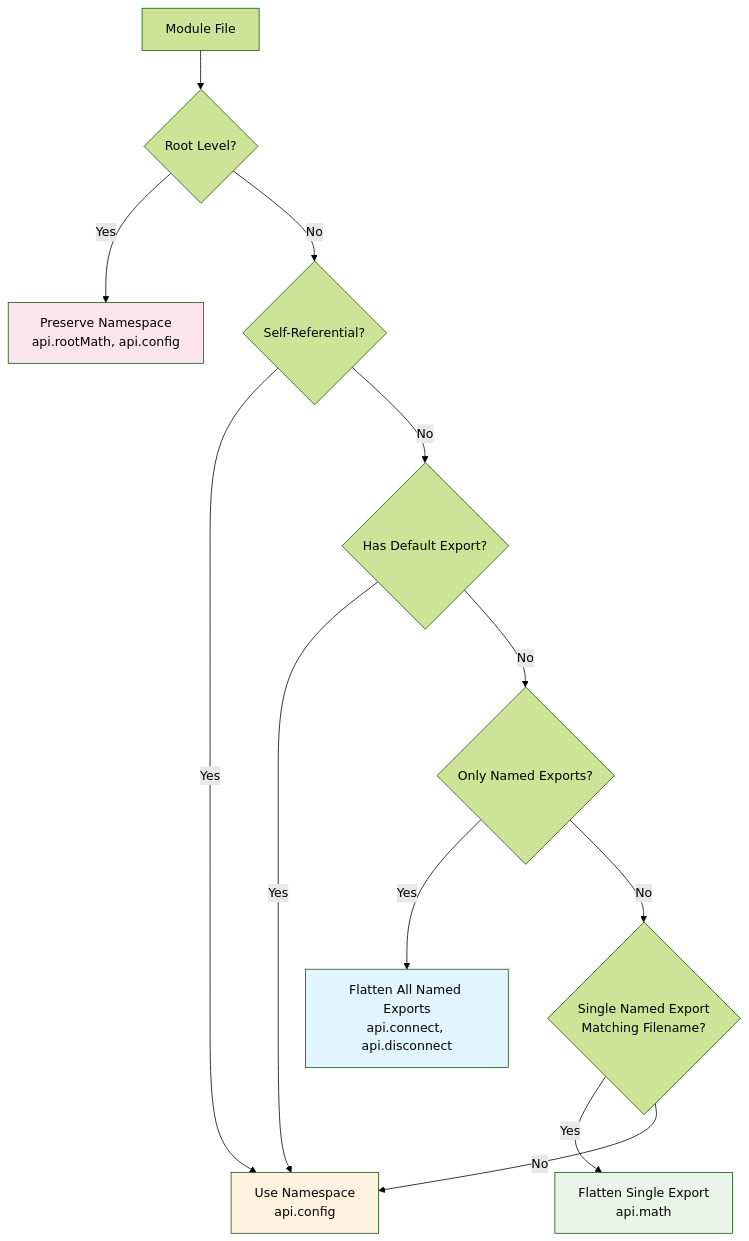
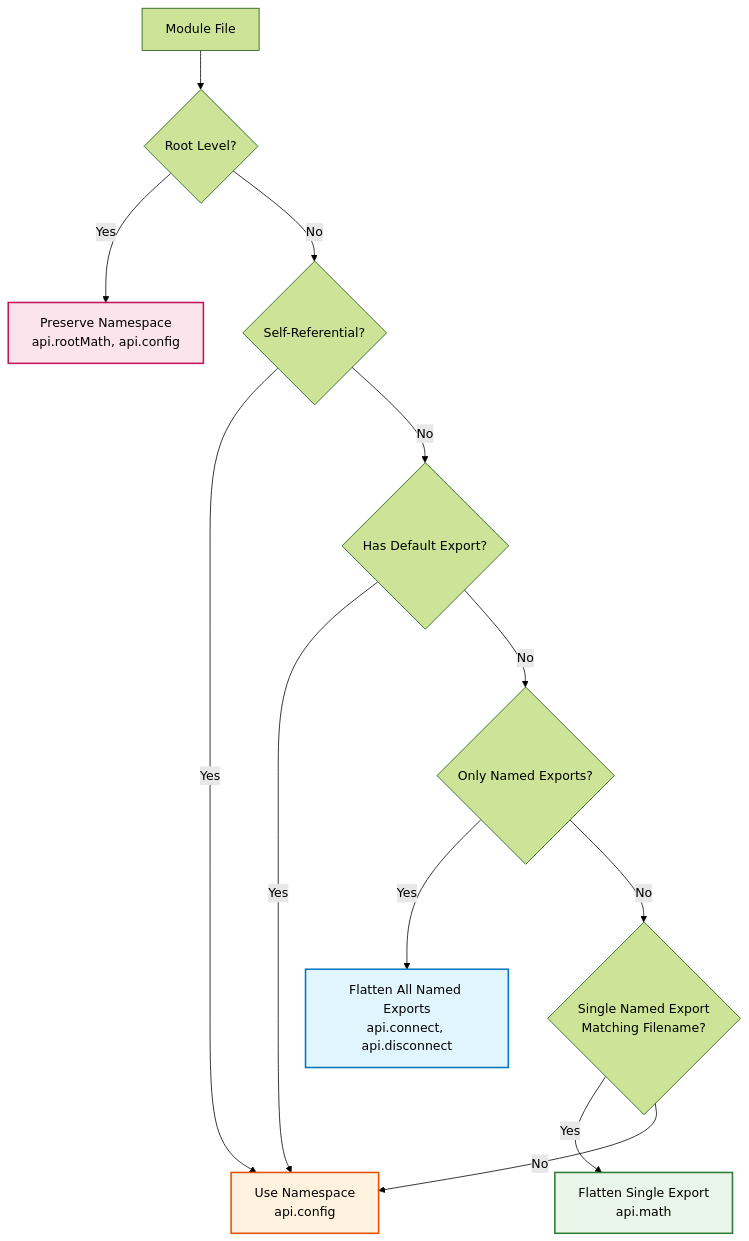
Before and after one commit to CLDMV/slothlet: the first of 2 diagrams in README.md, drawn with Mermaid (forest theme). The commit also changed other lines of this file and 20 other files, not shown here.

First line of the commit message:
fix: CI test failures and Mermaid chart rendering

````diff
--- a/README.md
+++ b/README.md
@@ -929,24 +930,24 @@
 ```mermaid
 flowchart TD
     FILE[Module File] --> ROOT{Root Level?}
 
     ROOT -->|Yes| PRESERVE[Preserve Namespace<br/>api.rootMath, api.config]
 
     ROOT -->|No| SELFREFER{Self-Referential?}
     SELFREFER -->|Yes| NAMESPACE[Use Namespace<br/>api.config]
 
     SELFREFER -->|No| HASDEFAULT{Has Default Export?}
     HASDEFAULT -->|Yes| NAMESPACE
 
     HASDEFAULT -->|No| NAMEDONLY{Only Named Exports?}
     NAMEDONLY -->|Yes| FLATTEN["Flatten All Named Exports<br/>api.connect, api.disconnect"]
 
     NAMEDONLY -->|No| SINGLENAMED{Single Named Export<br/>Matching Filename?}
     SINGLENAMED -->|Yes| FLATTENSINGLE[Flatten Single Export<br/>api.math]
     SINGLENAMED -->|No| NAMESPACE
 
-    style FLATTEN fill:#e1f5fe
-    style FLATTENSINGLE fill:#e8f5e8
-    style NAMESPACE fill:#fff3e0
-    style PRESERVE fill:#fce4ec
+    style FLATTEN fill:#e1f5fe,stroke:#0277bd,stroke-width:2px,color:#000
+    style FLATTENSINGLE fill:#e8f5e8,stroke:#2e7d32,stroke-width:2px,color:#000
+    style NAMESPACE fill:#fff3e0,stroke:#e65100,stroke-width:2px,color:#000
+    style PRESERVE fill:#fce4ec,stroke:#c2185b,stroke-width:2px,color:#000
 ```
````
